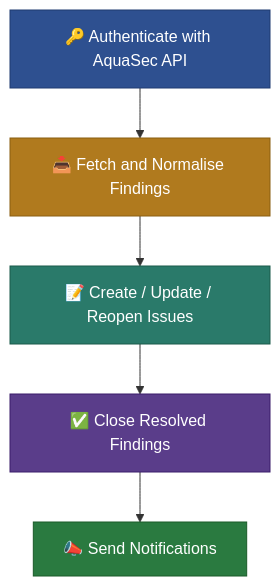
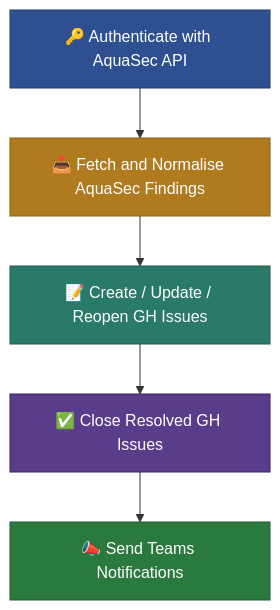
The diagram in docs/security/security.md (AbsaOSS/organizational-workflows), drawn with Mermaid before and after one commit. The commit also changed other lines of this file and 22 other files, not shown here.

````diff
--- a/docs/security/security.md
+++ b/docs/security/security.md
@@ -17,16 +17,16 @@
 ```mermaid
 flowchart TD
     A["🔑 Authenticate with AquaSec API"]
-    B["📥 Fetch and Normalise Findings"]
-    C["📝 Create / Update / Reopen Issues"]
-    D["✅ Close Resolved Findings"]
-    E["📣 Send Notifications"]
+    B["📥 Fetch and Normalise AquaSec Findings"]
+    C["📝 Create / Update / Reopen GH Issues"]
+    D["✅ Close Resolved GH Issues"]
+    E["📣 Send Teams Notifications"]
 
     A --> B --> C --> D --> E
 
     style A fill:#2e5090,color:#fff,stroke:#1e3a70
     style B fill:#b07a1e,color:#fff,stroke:#8a5e10
     style C fill:#2a7a6a,color:#fff,stroke:#1a5a4a
     style D fill:#5a3d8a,color:#fff,stroke:#3a1d6a
     style E fill:#2a7a40,color:#fff,stroke:#1a5a28
 ```
````
